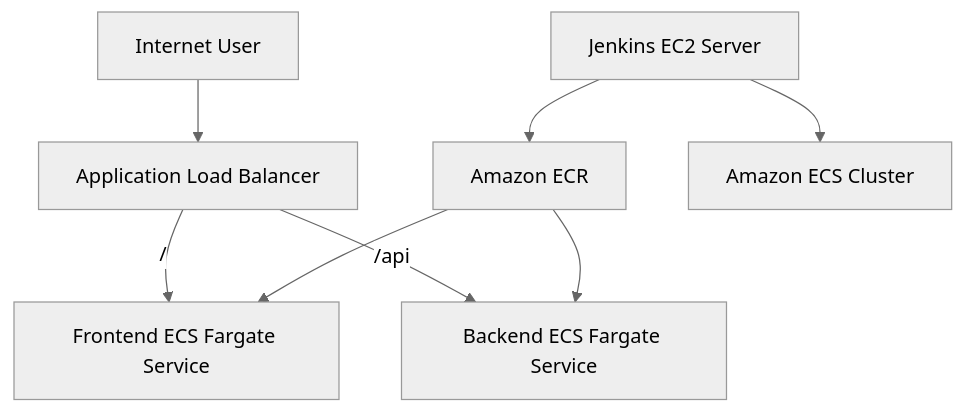
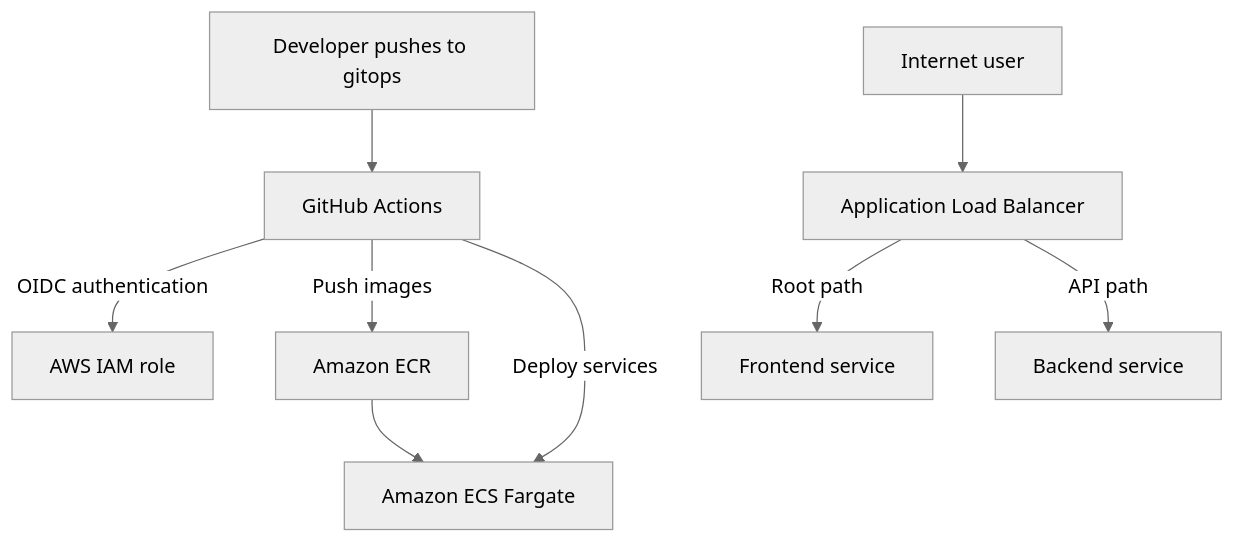
Before and after one commit to Rakeem08/aws-ecs-containerized-app-cicd: the diagram in README.md, drawn with Mermaid (neutral theme). The commit also changed other lines of this file, not shown here.

Commit message:
Document GitHub Actions GitOps deployment

````diff
--- a/README.md
+++ b/README.md
@@ -15,10 +17,11 @@
 ```mermaid
 flowchart TD
-    User[Internet User] --> ALB[Application Load Balancer]
-    ALB -->|/| Frontend[Frontend ECS Fargate Service]
-    ALB -->|/api| Backend[Backend ECS Fargate Service]
-    Jenkins[Jenkins EC2 Server] --> ECR[Amazon ECR]
-    Jenkins --> ECS[Amazon ECS Cluster]
-    ECR --> Frontend
-    ECR --> Backend
+    Developer["Developer pushes to gitops"] --> Actions["GitHub Actions"]
+    Actions -->|OIDC authentication| IAM["AWS IAM role"]
+    Actions -->|Push images| ECR["Amazon ECR"]
+    Actions -->|Deploy services| ECS["Amazon ECS Fargate"]
+    ECR --> ECS
+    User["Internet user"] --> ALB["Application Load Balancer"]
+    ALB -->|Root path| Frontend["Frontend service"]
+    ALB -->|API path| Backend["Backend service"]
 ```
````
